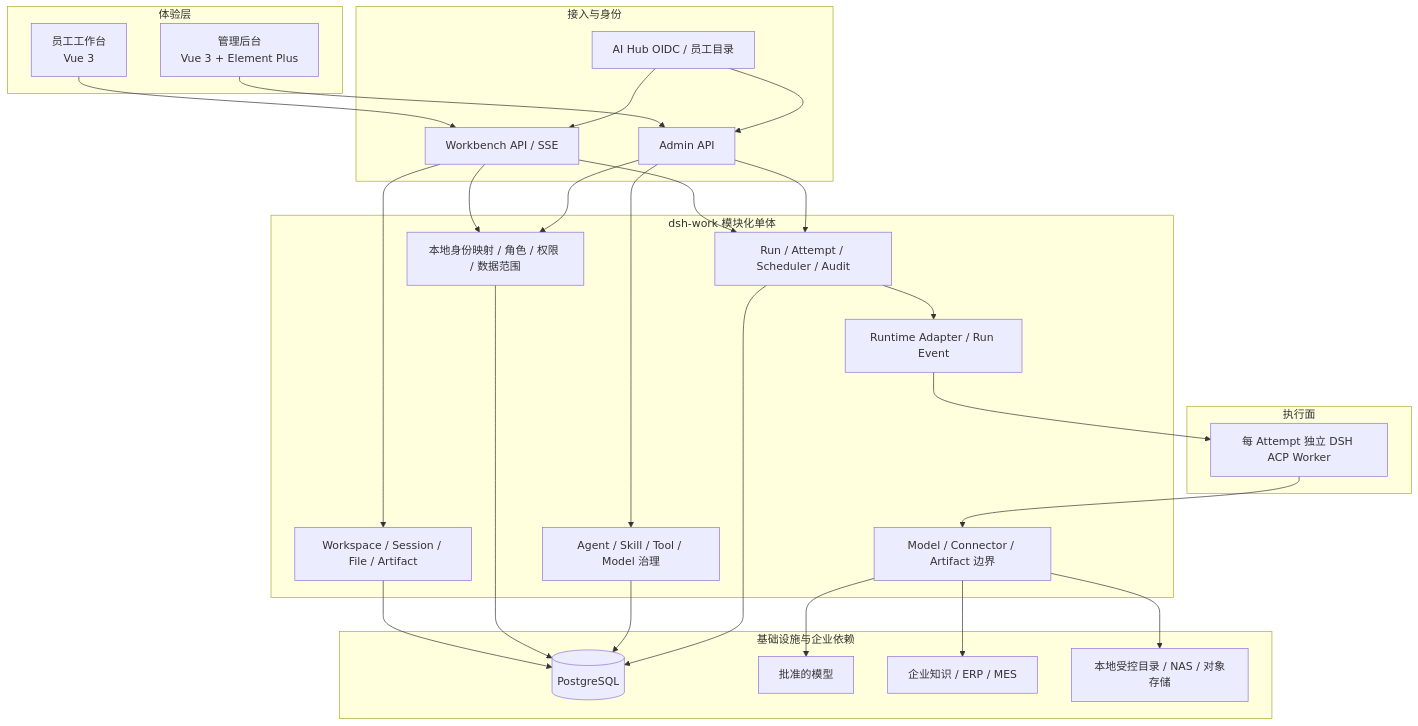
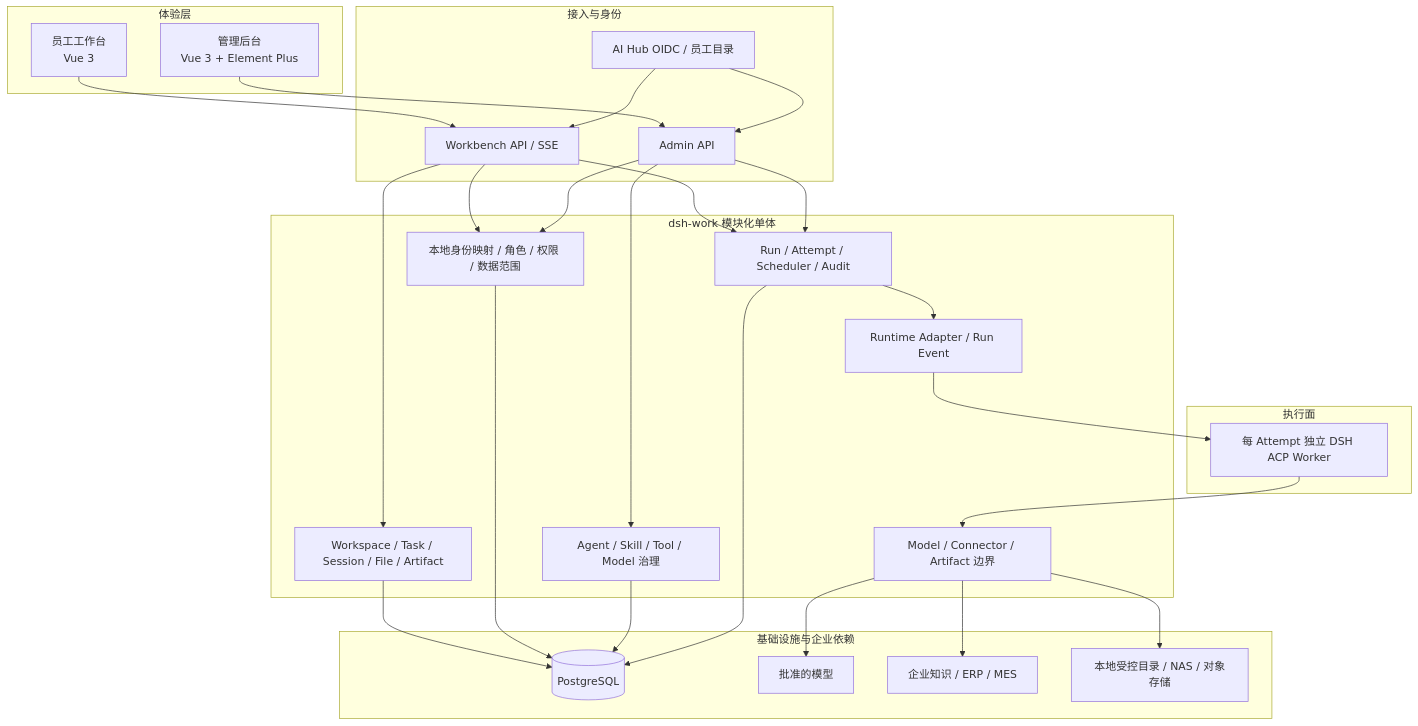
The first of 2 diagrams in docs/development/overview.md (globalsinocode/dsh-work), drawn with Mermaid before and after one commit. The commit also changed other lines of this file and 41 other files, not shown here.

Commit message:
feat: complete session-neutral task execution

````diff
--- a/docs/development/overview.md
+++ b/docs/development/overview.md
@@ -87,54 +87,54 @@
 ```mermaid
 flowchart TB
   subgraph Client[体验层]
     WB[员工工作台<br/>Vue 3]
     Admin[管理后台<br/>Vue 3 + Element Plus]
   end
 
   subgraph Access[接入与身份]
     WAPI[Workbench API / SSE]
     AAPI[Admin API]
     Auth[AI Hub OIDC / 员工目录]
   end
 
   subgraph App[dsh-work 模块化单体]
-    Workspace[Workspace / Session / File / Artifact]
+    Workspace[Workspace / Task / Session / File / Artifact]
     Authorization[本地身份映射 / 角色 / 权限 / 数据范围]
     Governance[Agent / Skill / Tool / Model 治理]
     Orchestration[Run / Attempt / Scheduler / Audit]
     Runtime[Runtime Adapter / Run Event]
     Gateway[Model / Connector / Artifact 边界]
   end
 
   subgraph Execution[执行面]
     DSH[每 Attempt 独立 DSH ACP Worker]
   end
 
   subgraph Dependencies[基础设施与企业依赖]
     PG[(PostgreSQL)]
     Models[批准的模型]
     Systems[企业知识 / ERP / MES]
     Storage[本地受控目录 / NAS / 对象存储]
   end
 
   WB --> WAPI
   Admin --> AAPI
   Auth --> WAPI
   Auth --> AAPI
   WAPI --> Authorization
   AAPI --> Authorization
   WAPI --> Workspace
   WAPI --> Orchestration
   AAPI --> Governance
   AAPI --> Orchestration
   Workspace --> PG
   Authorization --> PG
   Governance --> PG
   Orchestration --> PG
   Orchestration --> Runtime
   Runtime --> DSH
   DSH --> Gateway
   Gateway --> Models
   Gateway --> Systems
   Gateway --> Storage
 ```
````
